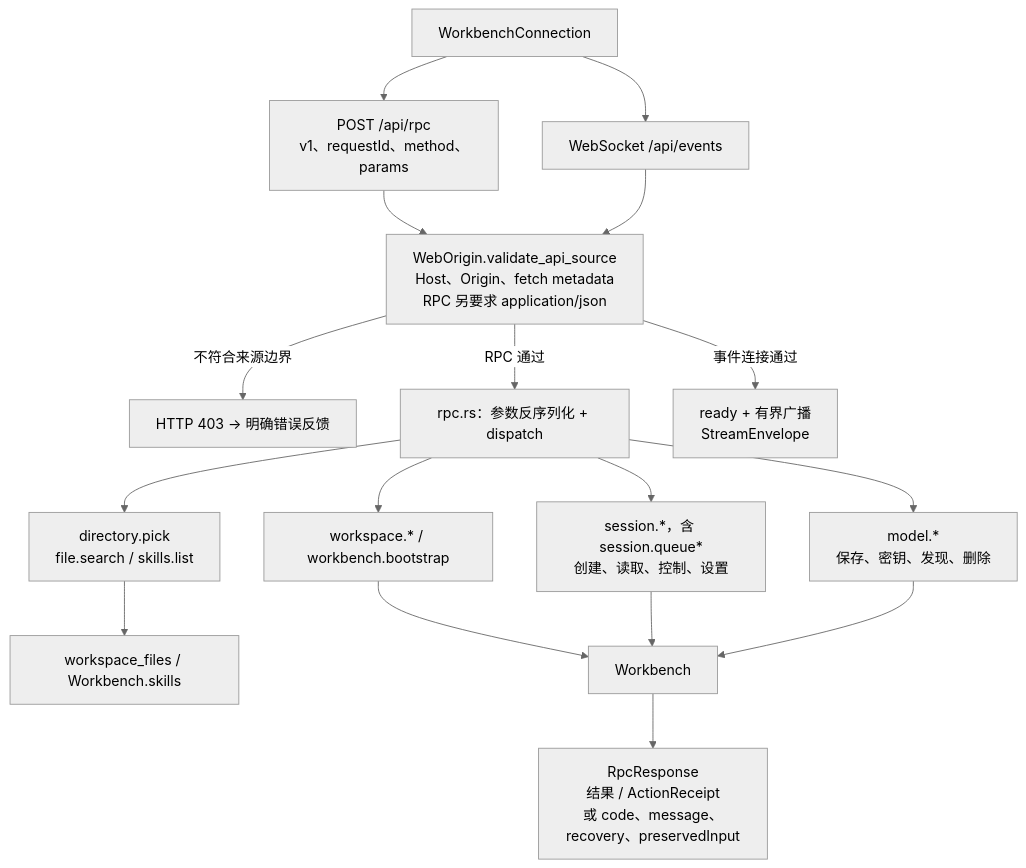
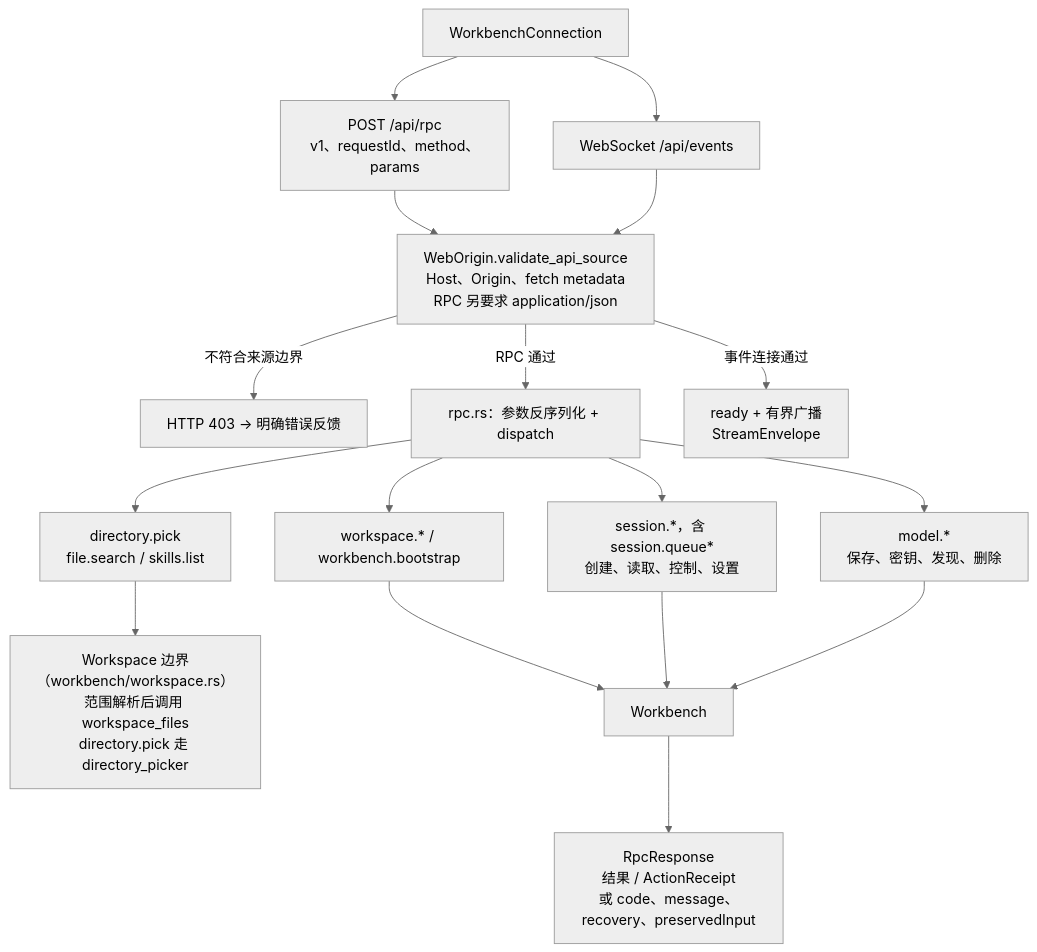
Before and after one commit to qjcnmd/singularity-agent: the ninth of 29 diagrams in docs/singularity.md, drawn with Mermaid (neutral theme). The commit also changed other lines of this file and 60 other files, not shown here.

````diff
--- a/docs/singularity.md
+++ b/docs/singularity.md
@@ -241,19 +241,19 @@
 ```mermaid
 flowchart TB
     Browser["WorkbenchConnection"] --> RPC["POST /api/rpc<br/>v1、requestId、method、params"]
     Browser --> WS["WebSocket /api/events"]
     RPC --> Origin["WebOrigin.validate_api_source<br/>Host、Origin、fetch metadata<br/>RPC 另要求 application/json"]
     WS --> Origin
     Origin -->|"不符合来源边界"| Forbidden["HTTP 403 → 明确错误反馈"]
     Origin -->|"RPC 通过"| Dispatch["rpc.rs：参数反序列化 + dispatch"]
     Dispatch --> Files["directory.pick<br/>file.search / skills.list"]
     Dispatch --> Projects["workspace.* / workbench.bootstrap"]
     Dispatch --> Sessions["session.*，含 session.queue*<br/>创建、读取、控制、设置"]
     Dispatch --> Models["model.*<br/>保存、密钥、发现、删除"]
-    Files --> FileAdapter["workspace_files / Workbench.skills"]
+    Files --> FileAdapter["Workspace 边界（workbench/workspace.rs）<br/>范围解析后调用 workspace_files<br/>directory.pick 走 directory_picker"]
     Projects --> WB["Workbench"]
     Sessions --> WB
     Models --> WB
     WB --> Receipt["RpcResponse<br/>结果 / ActionReceipt<br/>或 code、message、recovery、preservedInput"]
     Origin -->|"事件连接通过"| Broadcast["ready + 有界广播<br/>StreamEnvelope"]
 ```
````
